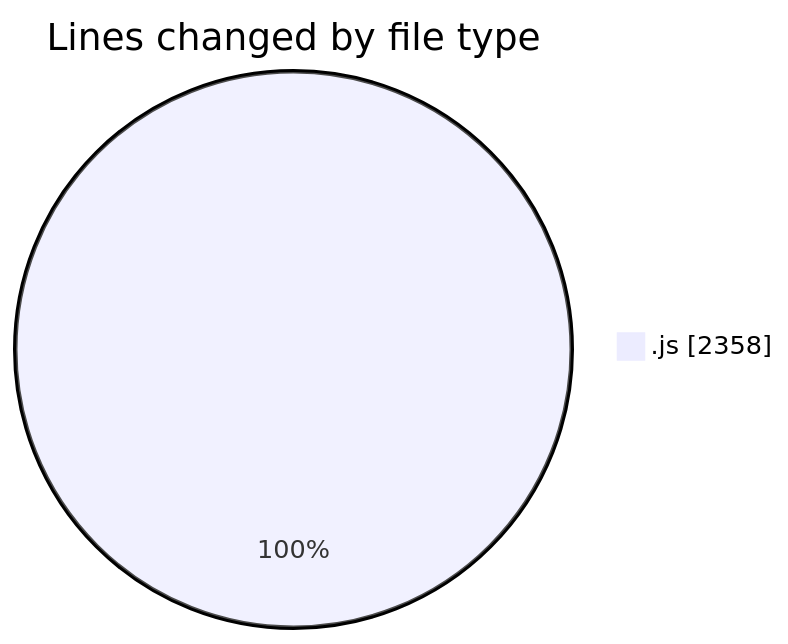
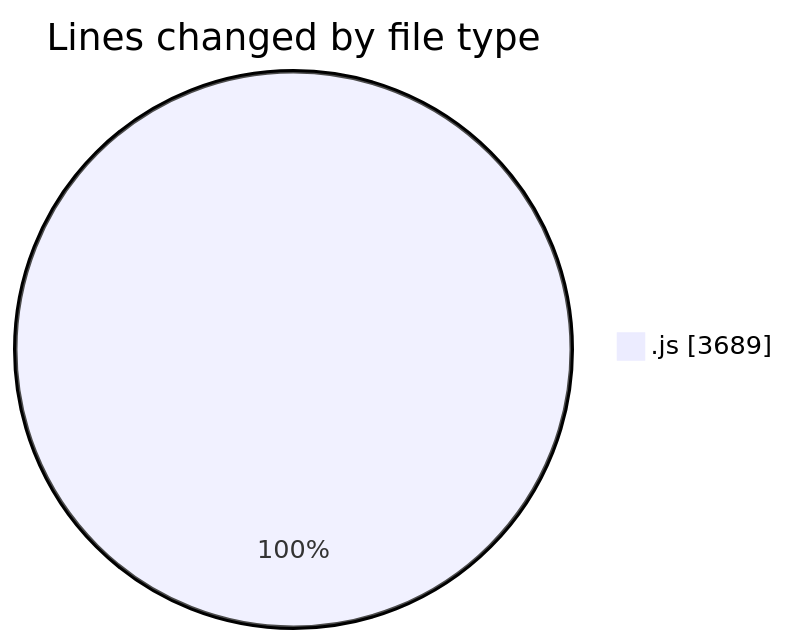
The first of 2 diagrams in 2025-12-29/nxtqube_webapp/README.md (nxtqubesakshisongat/code-tracking), drawn with Mermaid before and after one commit. The commit also changed other lines of this file and 1 other file, not shown here.

````diff
--- a/2025-12-29/nxtqube_webapp/README.md
+++ b/2025-12-29/nxtqube_webapp/README.md
@@ -21,5 +21,5 @@
 ```mermaid
 pie showData
 title Lines changed by file type
-".js" : 2358
+".js" : 3689
 ```
````
